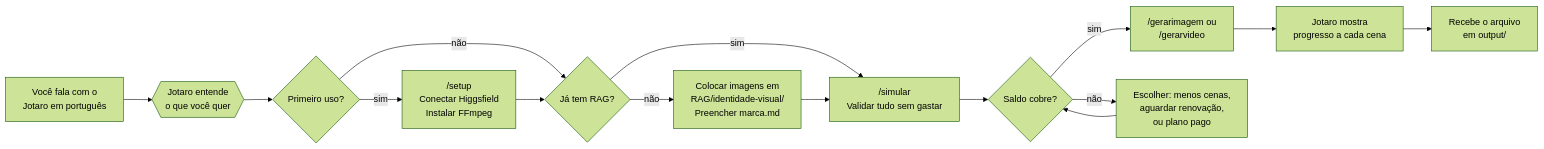
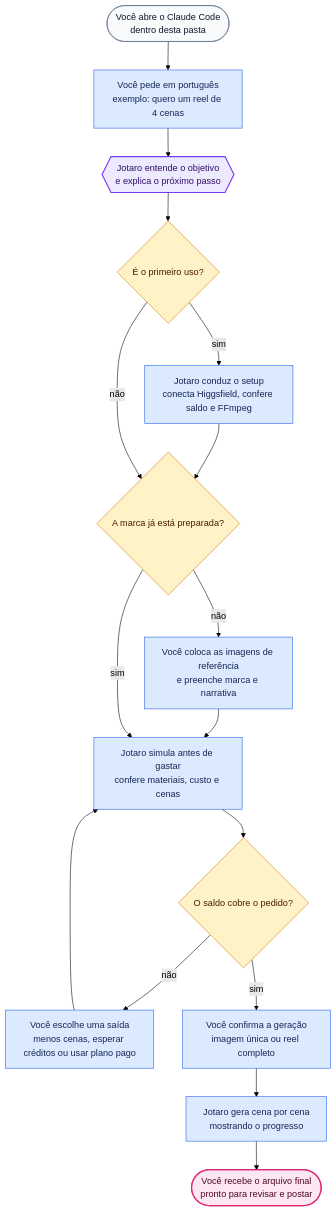
One commit to Joaoppob/trampolean-image-video-generator changed the second of 2 diagrams in README.md. Above: the diagram before and after it, drawn with Mermaid (forest theme). The commit also changed other lines of this file, not shown here.

````diff
--- a/README.md
+++ b/README.md
@@ -174,17 +174,37 @@
 ```mermaid
-flowchart LR
-  U1["Você fala com o<br/>Jotaro em português"] --> J1{{"Jotaro entende<br/>o que você quer"}}
-  J1 --> C1{"Primeiro uso?"}
-  C1 -->|"sim"| SETUP["/setup<br/>Conectar Higgsfield<br/>Instalar FFmpeg"]
-  C1 -->|"não"| C2{"Já tem RAG?"}
-  SETUP --> C2
-  C2 -->|"não"| RAGSETUP["Colocar imagens em<br/>RAG/identidade-visual/<br/>Preencher marca.md"]
-  C2 -->|"sim"| SIM["/simular<br/>Validar tudo sem gastar"]
-  RAGSETUP --> SIM
-  SIM --> OK{"Saldo cobre?"}
-  OK -->|"sim"| GEN["/gerarimagem ou<br/>/gerarvideo"]
-  OK -->|"não"| PLAN["Escolher: menos cenas,<br/>aguardar renovação,<br/>ou plano pago"]
-  PLAN --> OK
-  GEN --> PROG["Jotaro mostra<br/>progresso a cada cena"]
-  PROG --> OUT["Recebe o arquivo<br/>em output/"]
+flowchart TB
+  START([Você abre o Claude Code<br/>dentro desta pasta])
+  TALK["Você pede em português<br/>exemplo: quero um reel de 4 cenas"]
+  UNDERSTAND{{Jotaro entende o objetivo<br/>e explica o próximo passo}}
+  FIRST{"É o primeiro uso?"}
+  SETUP["Jotaro conduz o setup<br/>conecta Higgsfield, confere saldo e FFmpeg"]
+  BRAND{"A marca já está preparada?"}
+  BRAND_FIX["Você coloca as imagens de referência<br/>e preenche marca e narrativa"]
+  SIM["Jotaro simula antes de gastar<br/>confere materiais, custo e cenas"]
+  BALANCE{"O saldo cobre o pedido?"}
+  ADJUST["Você escolhe uma saída<br/>menos cenas, esperar créditos ou usar plano pago"]
+  CONFIRM["Você confirma a geração<br/>imagem única ou reel completo"]
+  GENERATE["Jotaro gera cena por cena<br/>mostrando o progresso"]
+  DELIVER([Você recebe o arquivo final<br/>pronto para revisar e postar])
+
+  START --> TALK --> UNDERSTAND --> FIRST
+  FIRST -->|"sim"| SETUP --> BRAND
+  FIRST -->|"não"| BRAND
+  BRAND -->|"não"| BRAND_FIX --> SIM
+  BRAND -->|"sim"| SIM
+  SIM --> BALANCE
+  BALANCE -->|"não"| ADJUST --> SIM
+  BALANCE -->|"sim"| CONFIRM --> GENERATE --> DELIVER
+
+  classDef start fill:#f8fafc,stroke:#64748b,color:#0f172a,stroke-width:1px;
+  classDef guide fill:#ede9fe,stroke:#7c3aed,color:#2e1065,stroke-width:2px;
+  classDef action fill:#dbeafe,stroke:#2563eb,color:#172554,stroke-width:1px;
+  classDef decision fill:#fef3c7,stroke:#d97706,color:#451a03,stroke-width:1px;
+  classDef output fill:#fce7f3,stroke:#db2777,color:#500724,stroke-width:2px;
+
+  class START,DELIVER start;
+  class UNDERSTAND guide;
+  class TALK,SETUP,BRAND_FIX,SIM,ADJUST,CONFIRM,GENERATE action;
+  class FIRST,BRAND,BALANCE decision;
+  class DELIVER output;
 ```
````
